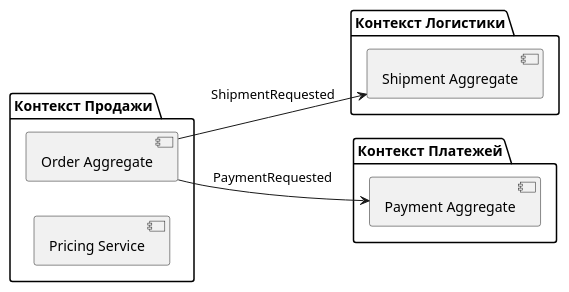
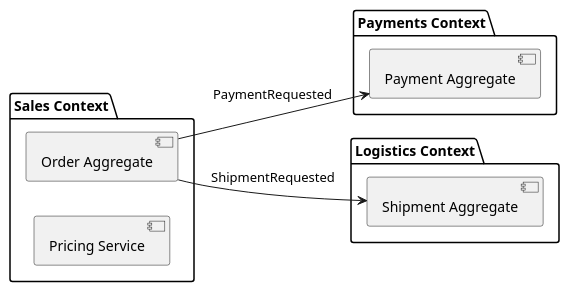
The diagram in docs/architecture/design-approaches/oop-design/ddd.md (iwizy/analyst_kb), drawn with PlantUML before and after one commit. The commit also changed other lines of this file and 189 other files, not shown here.

````diff
--- a/docs/architecture/design-approaches/oop-design/ddd.md
+++ b/docs/architecture/design-approaches/oop-design/ddd.md
@@ -22,18 +24,18 @@
 ```kroki-plantuml
 @startuml
 left to right direction
-package "Контекст Продажи" {
+package "Sales Context" {
   [Order Aggregate]
   [Pricing Service]
 }
-package "Контекст Логистики" {
+package "Payments Context" {
+  [Payment Aggregate]
+}
+package "Logistics Context" {
   [Shipment Aggregate]
-}
-package "Контекст Платежей" {
-  [Payment Aggregate]
 }
 
 [Order Aggregate] --> [Payment Aggregate] : PaymentRequested
 [Order Aggregate] --> [Shipment Aggregate] : ShipmentRequested
 @enduml
 ```
````
